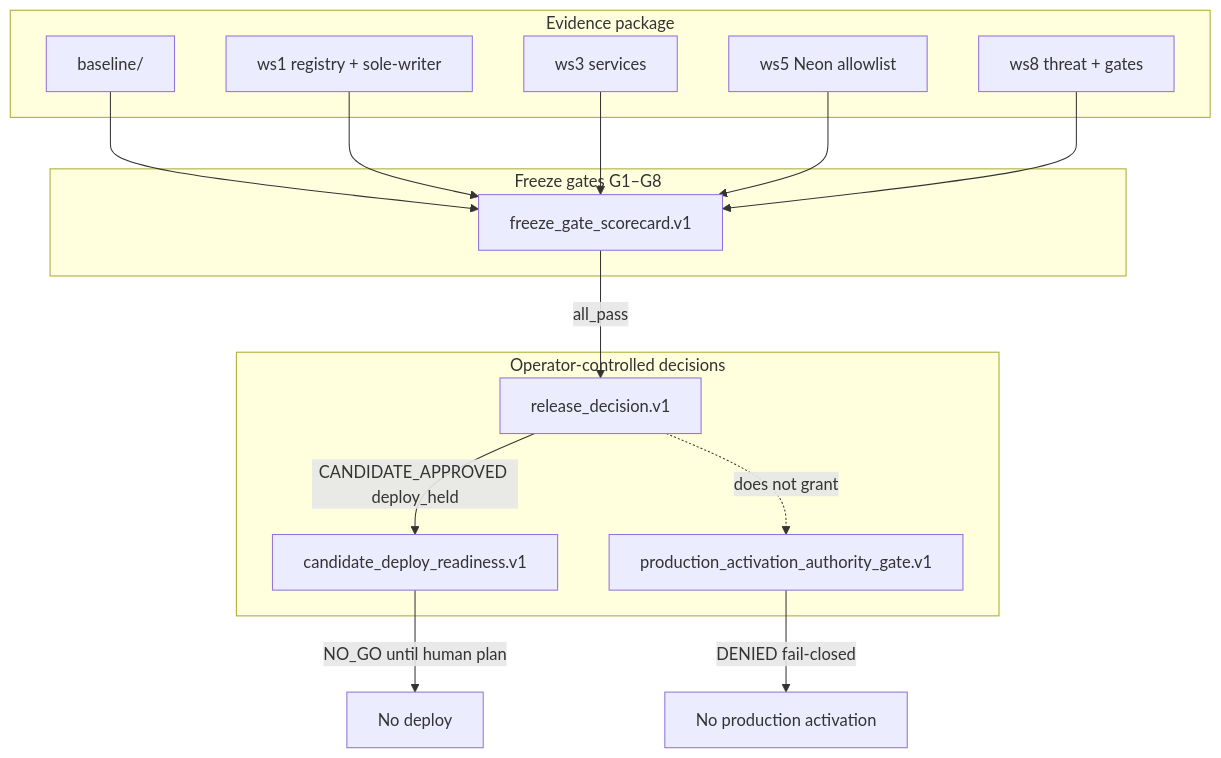
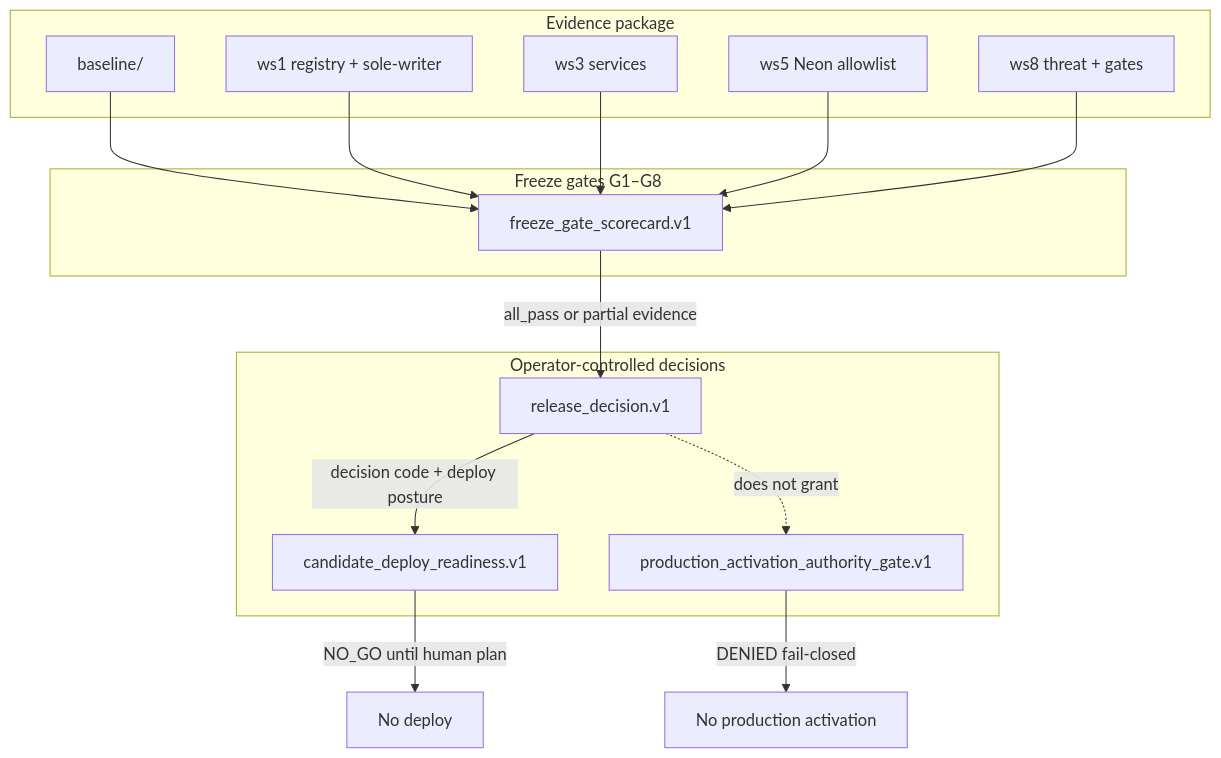
One commit to Zero-State-LLC/Abraxas-v2.0 changed the diagram in out/production_readiness/README.md. Above: the diagram before and after it, drawn with Mermaid. The commit also changed other lines of this file and 33 other files, not shown here.

````diff
--- a/out/production_readiness/README.md
+++ b/out/production_readiness/README.md
@@ -151,31 +151,31 @@
 ```mermaid
 flowchart TB
   subgraph evidence [Evidence package]
     B[baseline/]
     W1[ws1 registry + sole-writer]
     W3[ws3 services]
     W5[ws5 Neon allowlist]
     W8[ws8 threat + gates]
   end
 
   subgraph gates [Freeze gates G1–G8]
     SC[freeze_gate_scorecard.v1]
   end
 
   subgraph decisions [Operator-controlled decisions]
     RD[release_decision.v1]
     DEP[candidate_deploy_readiness.v1]
     AUTH[production_activation_authority_gate.v1]
   end
 
   B --> SC
   W1 --> SC
   W3 --> SC
   W5 --> SC
   W8 --> SC
-  SC -->|all_pass| RD
-  RD -->|CANDIDATE_APPROVED deploy_held| DEP
+  SC -->|all_pass or partial evidence| RD
+  RD -->|decision code + deploy posture| DEP
   DEP -->|NO_GO until human plan| STOP1[No deploy]
   AUTH -->|DENIED fail-closed| STOP2[No production activation]
   RD -.->|does not grant| AUTH
 ```
````
